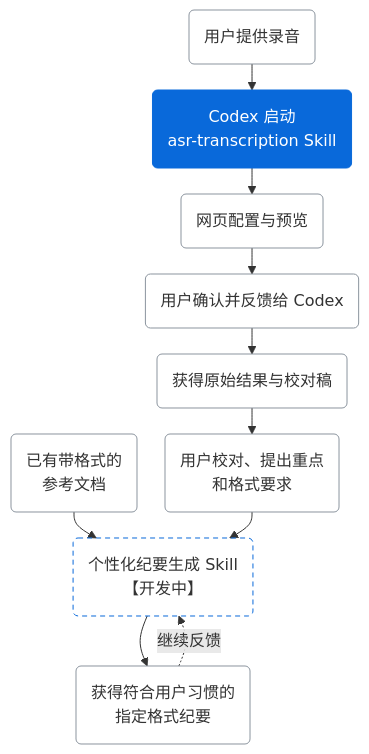
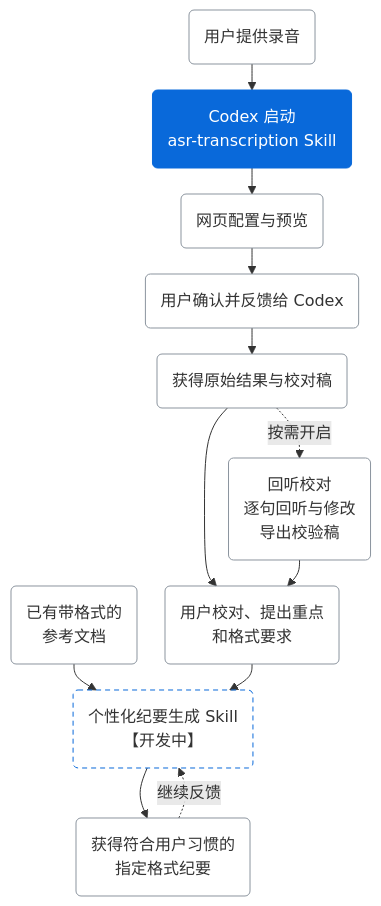
Before and after one commit to hx101700/memoflow: the diagram in README.md, drawn with Mermaid. The commit also changed other lines of this file and 11 other files, not shown here.

Commit message:
docs: align review diagrams and add README review entry

````diff
--- a/README.md
+++ b/README.md
@@ -34,25 +34,27 @@
 ```mermaid
 ---
 config:
   flowchart:
     curve: basis
     nodeSpacing: 28
     rankSpacing: 26
 ---
 flowchart TD
     A("用户提供录音") --> B("Codex 启动<br/>asr-transcription Skill")
     B --> C("网页配置与预览")
     C --> D("用户确认并反馈给 Codex")
     D --> E("获得原始结果与校对稿")
     E --> F("用户校对、提出重点<br/>和格式要求")
+    E -. "按需开启" .-> R("回听校对<br/>逐句回听与修改<br/>导出校验稿")
+    R --> F
     G("已有带格式的<br/>参考文档") --> H("个性化纪要生成 Skill<br/>【开发中】")
     F --> H
     H --> I("获得符合用户习惯的<br/>指定格式纪要")
     I -. "继续反馈" .-> H
 
     classDef default fill:transparent,stroke:#8b949e,stroke-width:1px,filter:none;
     classDef active fill:#0969da,stroke:#0969da,color:#ffffff;
     classDef planned stroke:#0969da,stroke-dasharray:5 4;
     class B active;
     class H planned;
 ```
````
